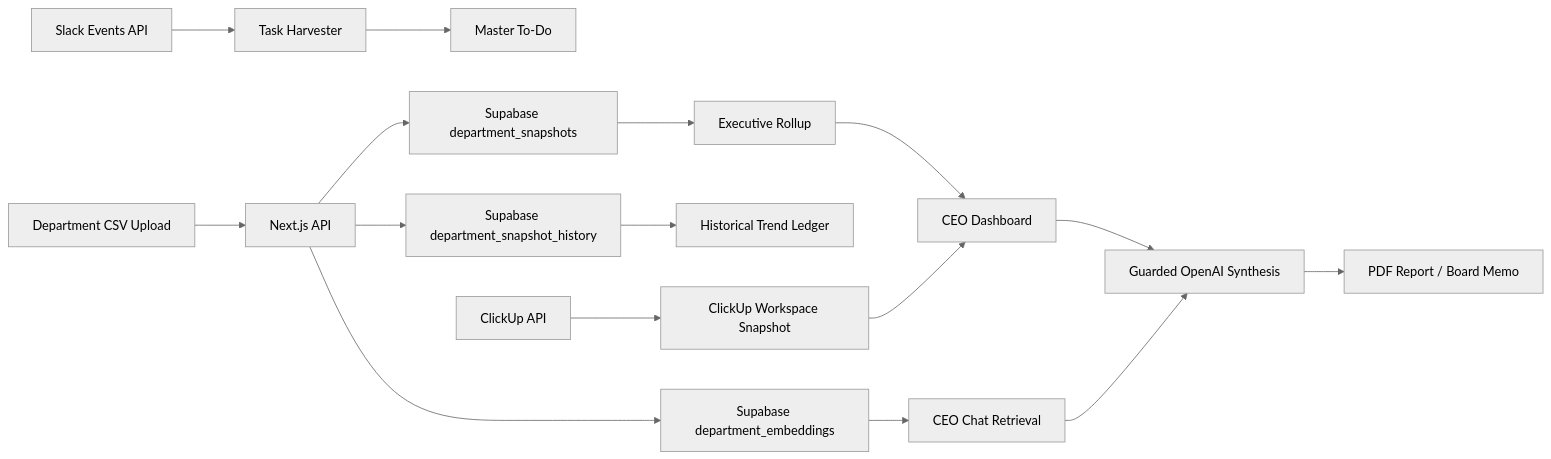
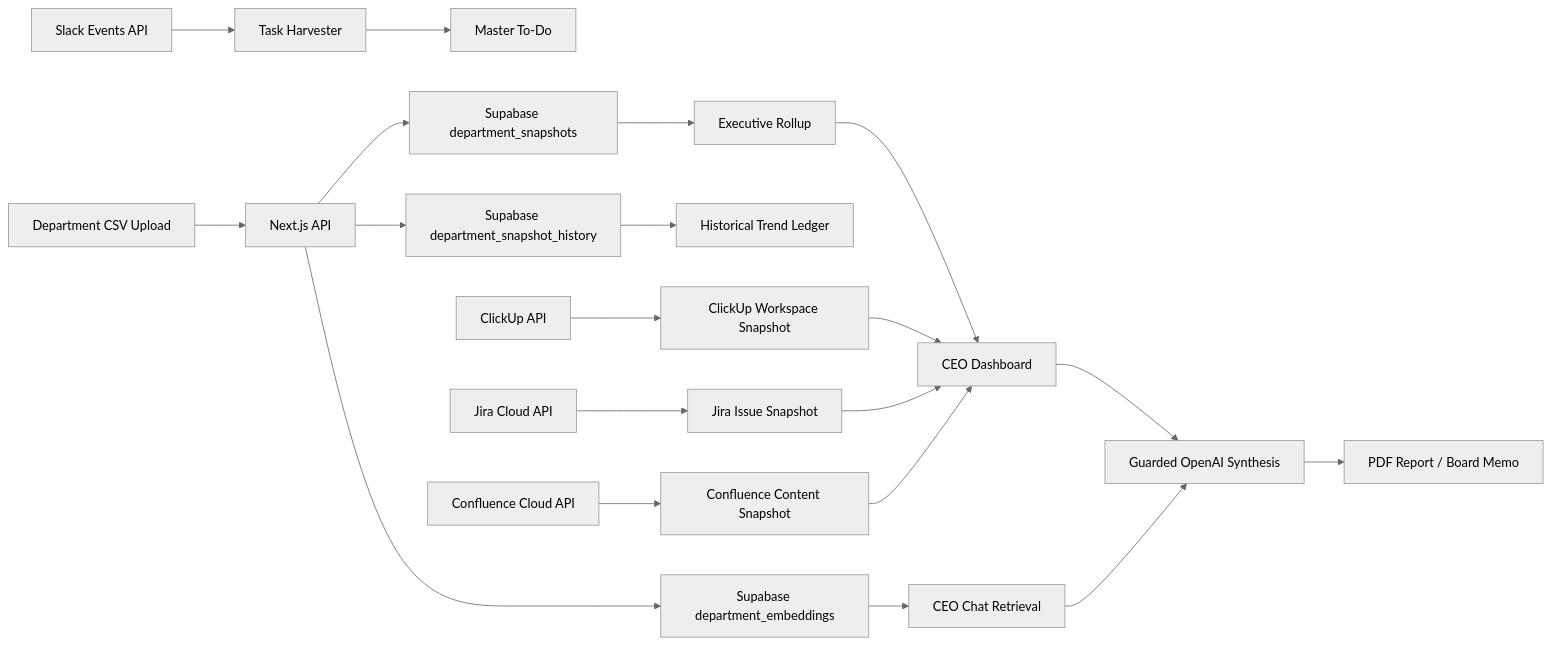
The diagram in README.md (suhasbhairav/ai-chief-of-staff), drawn with Mermaid (neutral theme) before and after one commit. The commit also changed other lines of this file and 12 other files, not shown here.

Commit message:
added jira and confluence

````diff
--- a/README.md
+++ b/README.md
@@ -307,18 +335,22 @@
 ```mermaid
 flowchart LR
   A[Department CSV Upload] --> B[Next.js API]
   B --> C[Supabase department_snapshots]
   B --> D[Supabase department_snapshot_history]
   B --> M[Supabase department_embeddings]
   C --> E[Executive Rollup]
   D --> F[Historical Trend Ledger]
   M --> N[CEO Chat Retrieval]
   E --> G[CEO Dashboard]
   G --> H[Guarded OpenAI Synthesis]
   N --> H
   H --> I[PDF Report / Board Memo]
   J[Slack Events API] --> K[Task Harvester]
   K --> L[Master To-Do]
   O[ClickUp API] --> P[ClickUp Workspace Snapshot]
   P --> G
+  Q[Jira Cloud API] --> R[Jira Issue Snapshot]
+  S[Confluence Cloud API] --> T[Confluence Content Snapshot]
+  R --> G
+  T --> G
 ```
````
